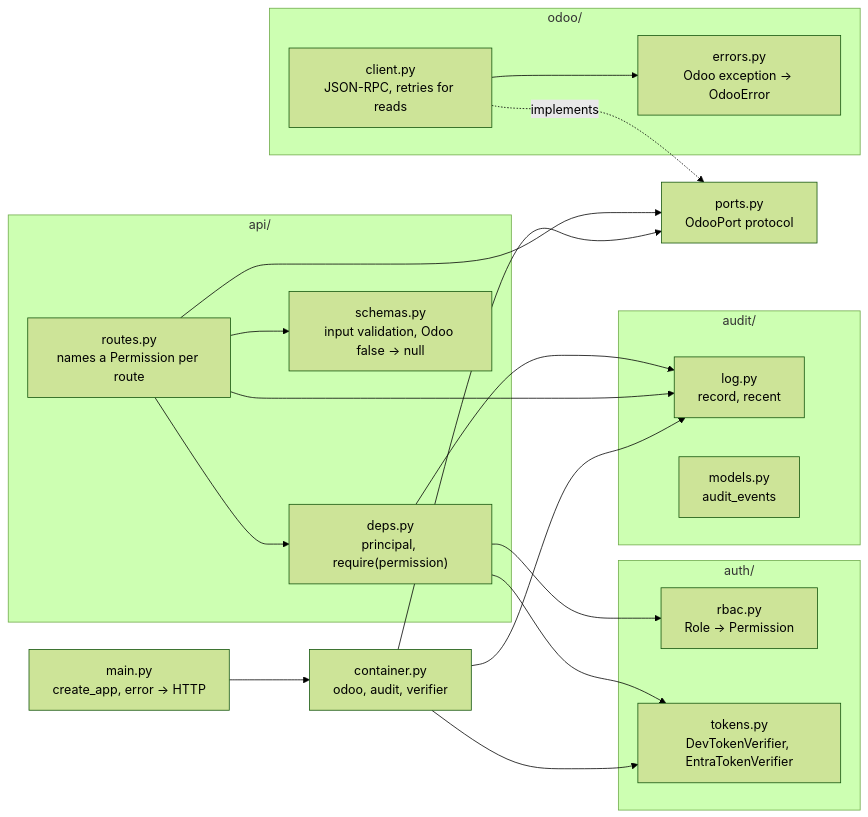
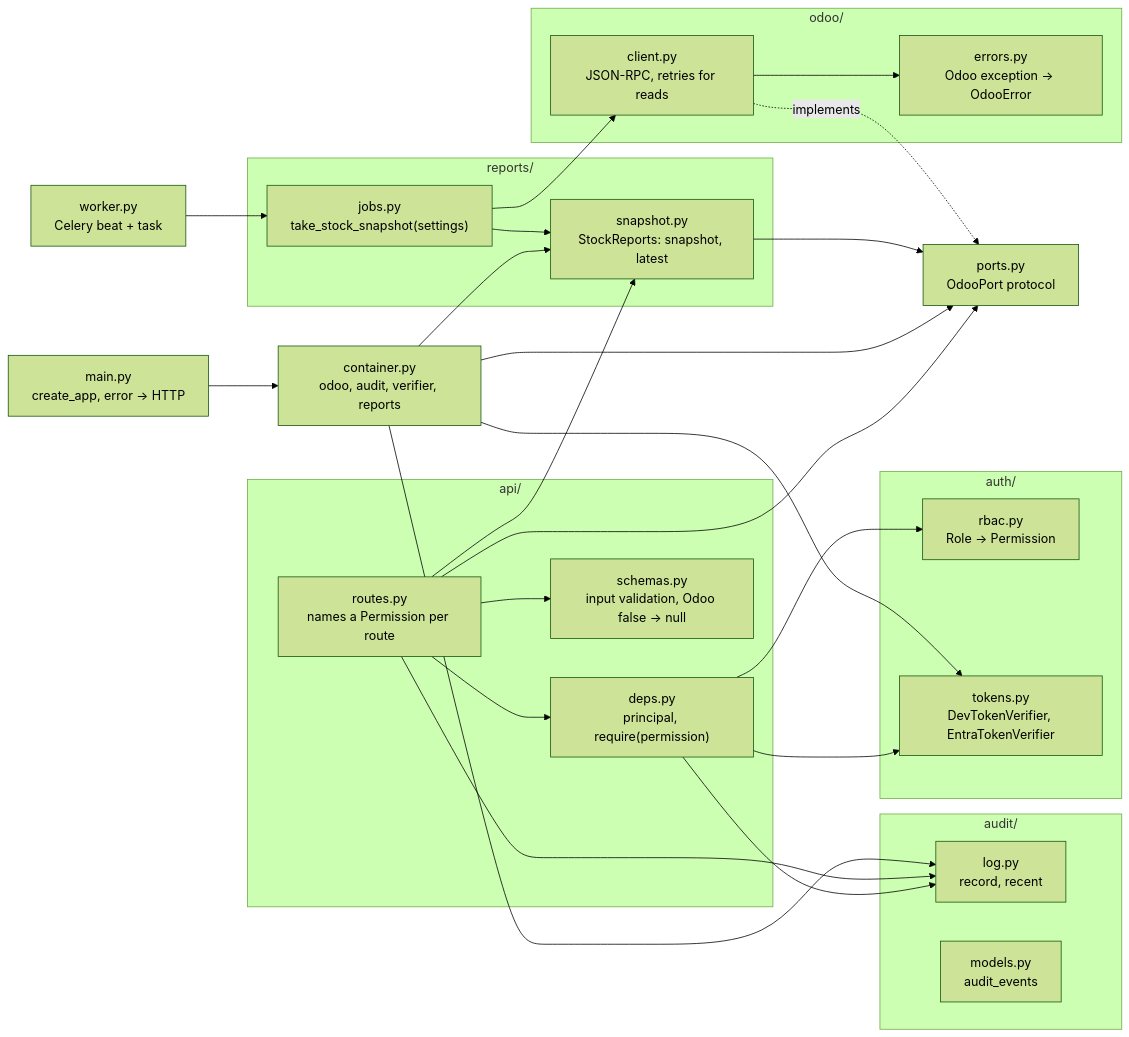
One commit to sergeonito/odoo-gateway changed the second of 3 diagrams in docs/architecture.md. Above: the diagram before and after it, drawn with Mermaid (forest theme). The commit also changed other lines of this file and 9 other files, not shown here.

Commit message:
Scheduled stock snapshot: Celery worker + beat + Redis in the compose stack

````diff
--- a/docs/architecture.md
+++ b/docs/architecture.md
@@ -37,36 +37,46 @@
 ```mermaid
 flowchart LR
     subgraph api [api/]
         routes[routes.py<br/>names a Permission per route]
         deps["deps.py<br/>principal, require(permission)"]
         schemas["schemas.py<br/>input validation, Odoo false → null"]
     end
     subgraph auth [auth/]
         rbac["rbac.py<br/>Role → Permission"]
         tokens[tokens.py<br/>DevTokenVerifier, EntraTokenVerifier]
     end
     subgraph audit [audit/]
         log[log.py<br/>record, recent]
         models[models.py<br/>audit_events]
     end
+    subgraph reports [reports/]
+        snapshot["snapshot.py<br/>StockReports: snapshot, latest"]
+        jobs["jobs.py<br/>take_stock_snapshot(settings)"]
+    end
+    worker["worker.py<br/>Celery beat + task"]
     ports[ports.py<br/>OdooPort protocol]
     subgraph odoo [odoo/]
         client["client.py<br/>JSON-RPC, retries for reads"]
         errors["errors.py<br/>Odoo exception → OdooError"]
     end
-    container[container.py<br/>odoo, audit, verifier]
+    container[container.py<br/>odoo, audit, verifier, reports]
     main["main.py<br/>create_app, error → HTTP"]
 
     routes --> deps --> tokens
     deps --> rbac
     deps --> log
     routes --> schemas
     routes --> ports
     routes --> log
     client -. implements .-> ports
     client --> errors
     main --> container
     container --> ports
     container --> log
     container --> tokens
+    container --> snapshot
+    routes --> snapshot
+    snapshot --> ports
+    worker --> jobs --> snapshot
+    jobs --> client
 ```
````
